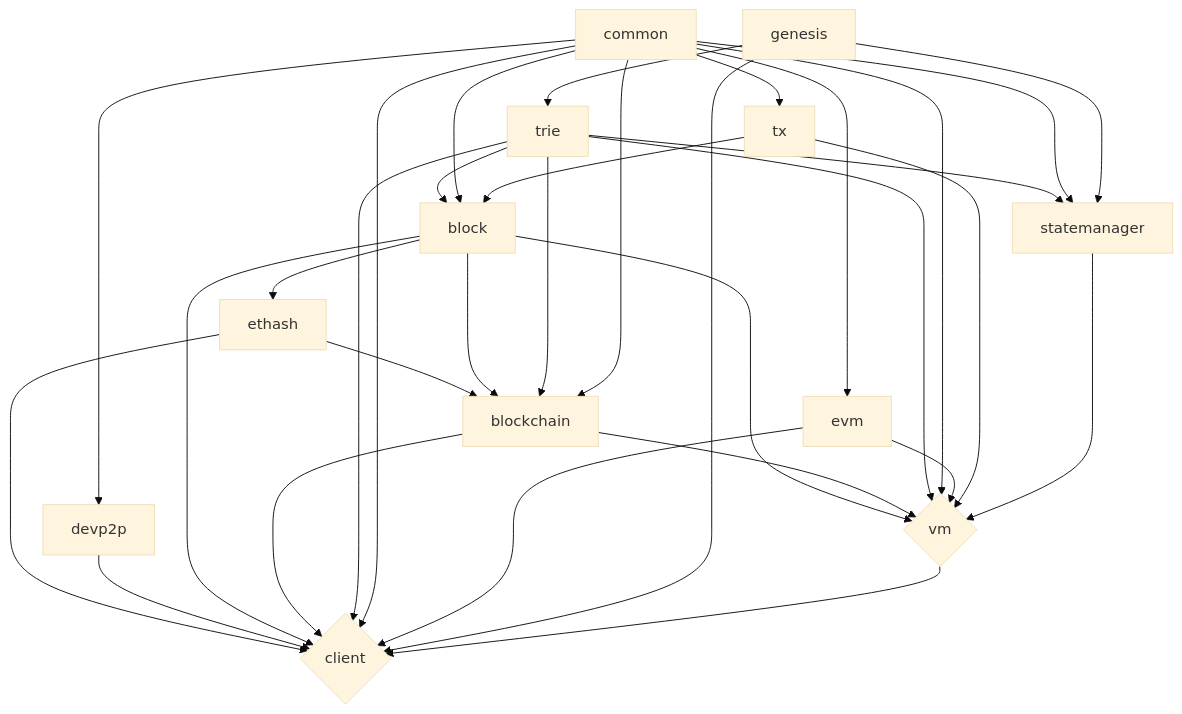
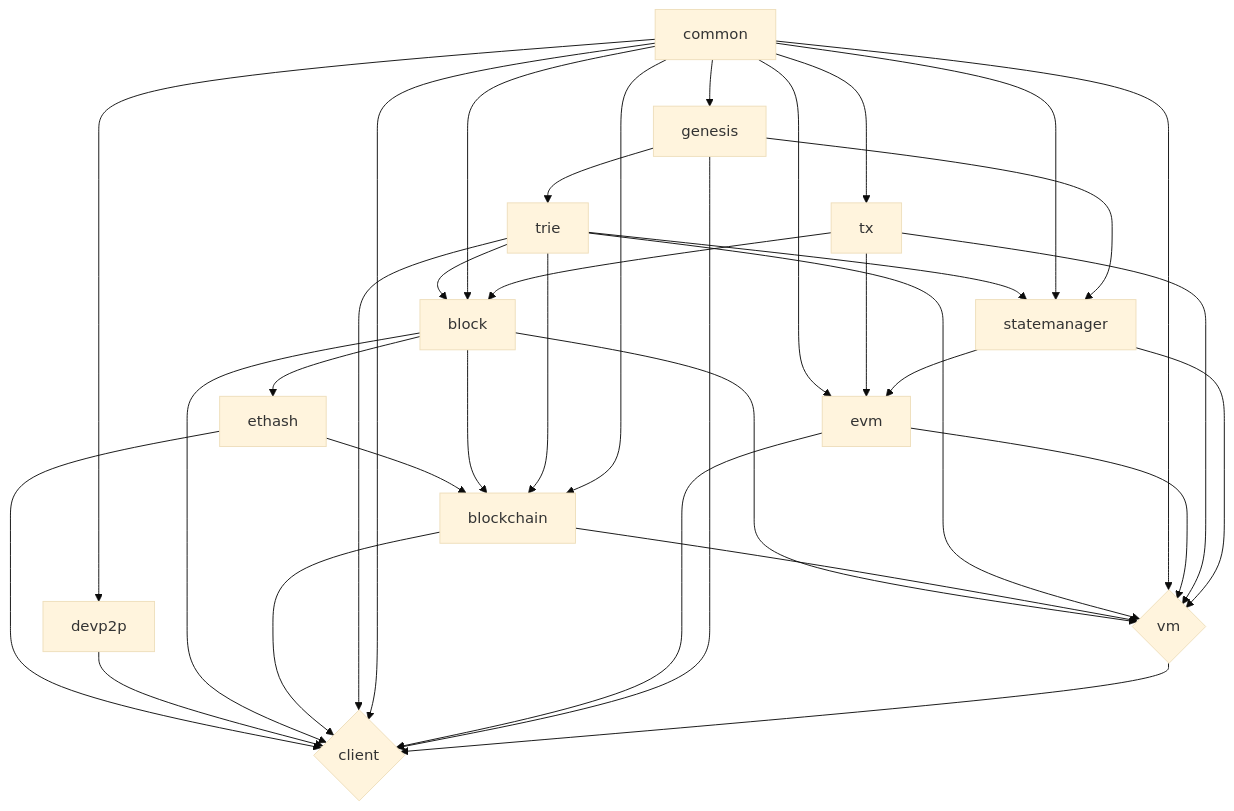
The diagram in README.md (ethereumjs/ethereumjs-monorepo), drawn with Mermaid (base theme) before and after one commit.

Commit message:
Some root README mermaid graph dependency additions

````diff
--- a/README.md
+++ b/README.md
@@ -63,36 +63,39 @@
 ```mermaid
  graph TD
    vm{vm}
    client{client}
    ethash --> blockchain
    ethash --> client
    devp2p --> client
    block --> client
    block --> blockchain
    block --> ethash
    block --> vm
    blockchain --> client
    blockchain --> vm
    trie --> client
    trie --> vm
    trie --> blockchain
    trie --> block
    trie --> statemanager
    common --> block
    common --> statemanager
    common --> tx
    common --> blockchain
    common --> vm
    common --> evm
    common --> client
    common --> devp2p
+   common --> genesis
    evm --> vm
    evm --> client
    genesis --> client
    genesis --> statemanager
    genesis --> trie
    tx --> block
+   tx --> evm
    tx --> vm
    vm --> client
+   statemanager --> evm
    statemanager --> vm
 ```
````
